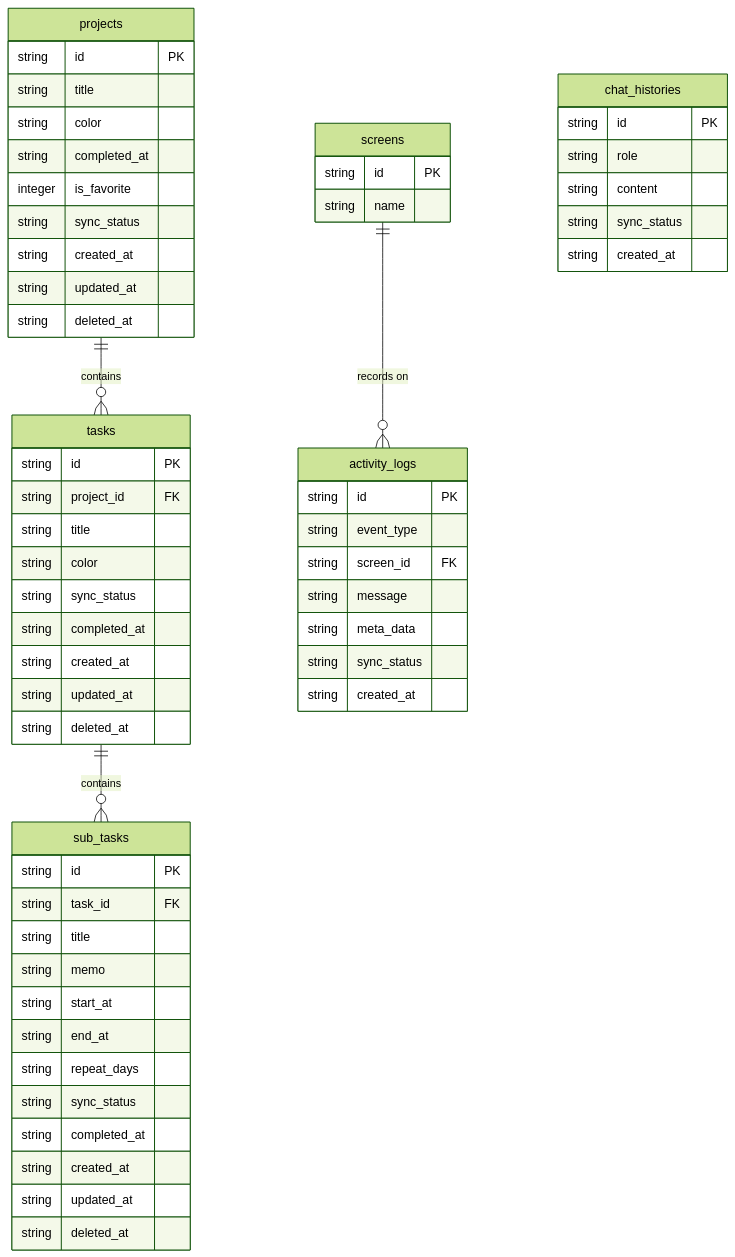
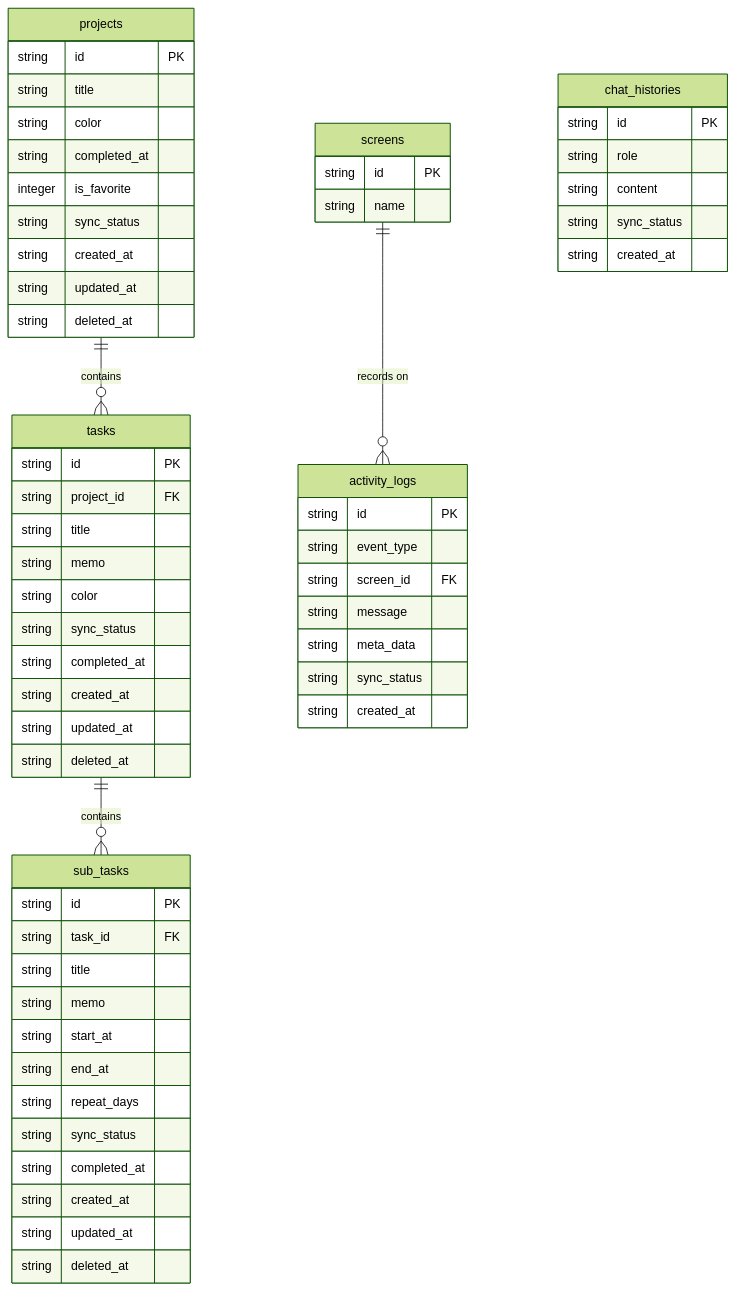
The diagram in docs/design.md (koroku1023/todo_ai), drawn with Mermaid (forest theme) before and after one commit. The commit also changed other lines of this file and 70 other files, not shown here.

````diff
--- a/docs/design.md
+++ b/docs/design.md
@@ -123,68 +124,69 @@
 ```mermaid
 erDiagram
     projects ||--o{ tasks : "contains"
     tasks ||--o{ sub_tasks : "contains"
     screens ||--o{ activity_logs : "records on"
 
     projects {
         string id PK
         string title
         string color
         string completed_at
         integer is_favorite
         string sync_status
         string created_at
         string updated_at
         string deleted_at
     }
 
     tasks {
         string id PK
         string project_id FK
         string title
+        string memo
         string color
         string sync_status
         string completed_at
         string created_at
         string updated_at
         string deleted_at
     }
 
     sub_tasks {
         string id PK
         string task_id FK
         string title
         string memo
         string start_at
         string end_at
         string repeat_days
         string sync_status
         string completed_at
         string created_at
         string updated_at
         string deleted_at
     }
 
     chat_histories {
         string id PK
         string role
         string content
         string sync_status
         string created_at
     }
 
     activity_logs {
         string id PK
         string event_type
         string screen_id FK
         string message
         string meta_data
         string sync_status
         string created_at
     }
 
     screens {
         string id PK
         string name
     }
 ```
````
